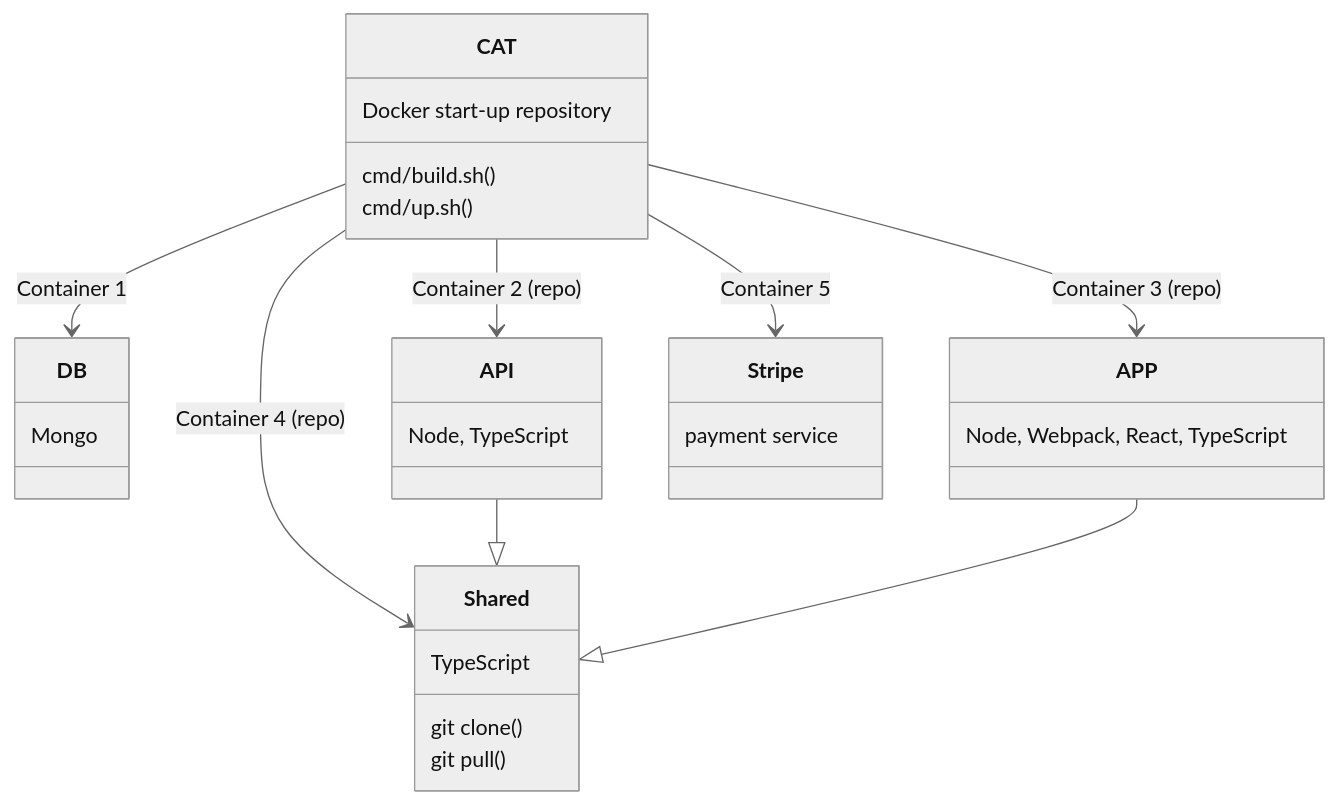
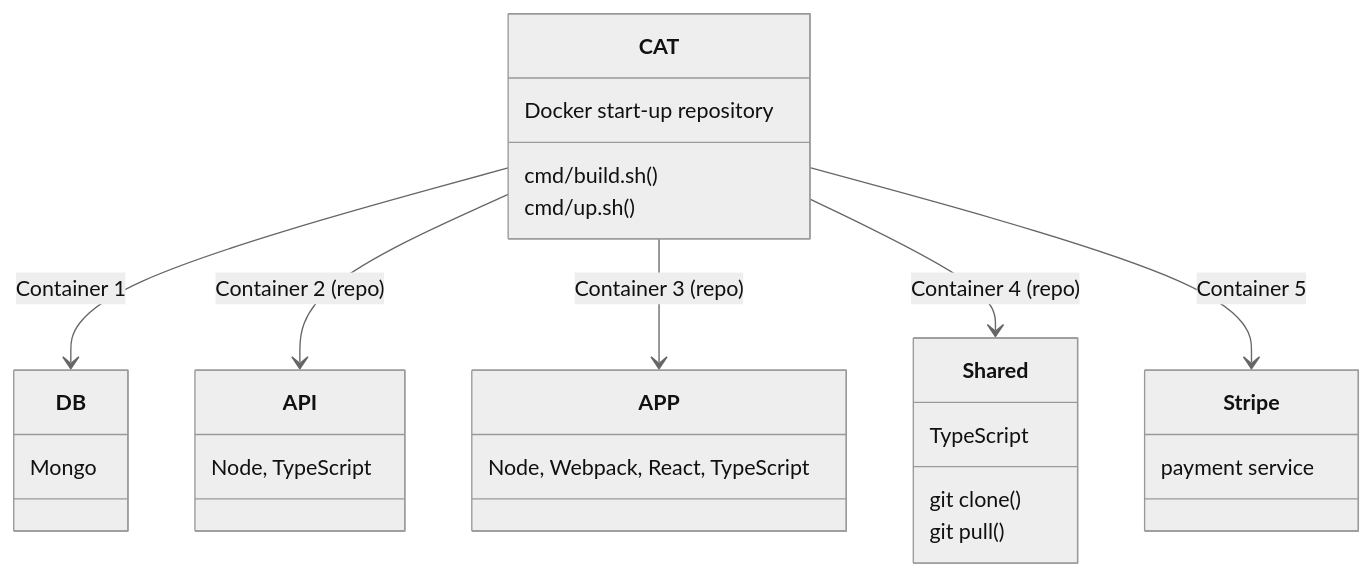
The diagram in README.md (Karmello/cat-start), drawn with Mermaid (neutral theme) before and after one commit.

Commit message:
repo name change to cat

````diff
--- a/README.md
+++ b/README.md
@@ -8,20 +8,18 @@
 ```mermaid
 classDiagram
 CAT : Docker start-up repository
 CAT: cmd/build.sh()
 CAT: cmd/up.sh()
 DB: Mongo
 API: Node, TypeScript
 APP: Node, Webpack, React, TypeScript
 Shared: TypeScript
 Shared: git clone()
 Shared: git pull()
 Stripe: payment service
 CAT --> DB : Container 1
 CAT --> API : Container 2 (repo)
 CAT --> APP : Container 3 (repo)
 CAT --> Shared : Container 4 (repo)
 CAT --> Stripe : Container 5
-API --|> Shared
-APP --|> Shared
 ```
````
